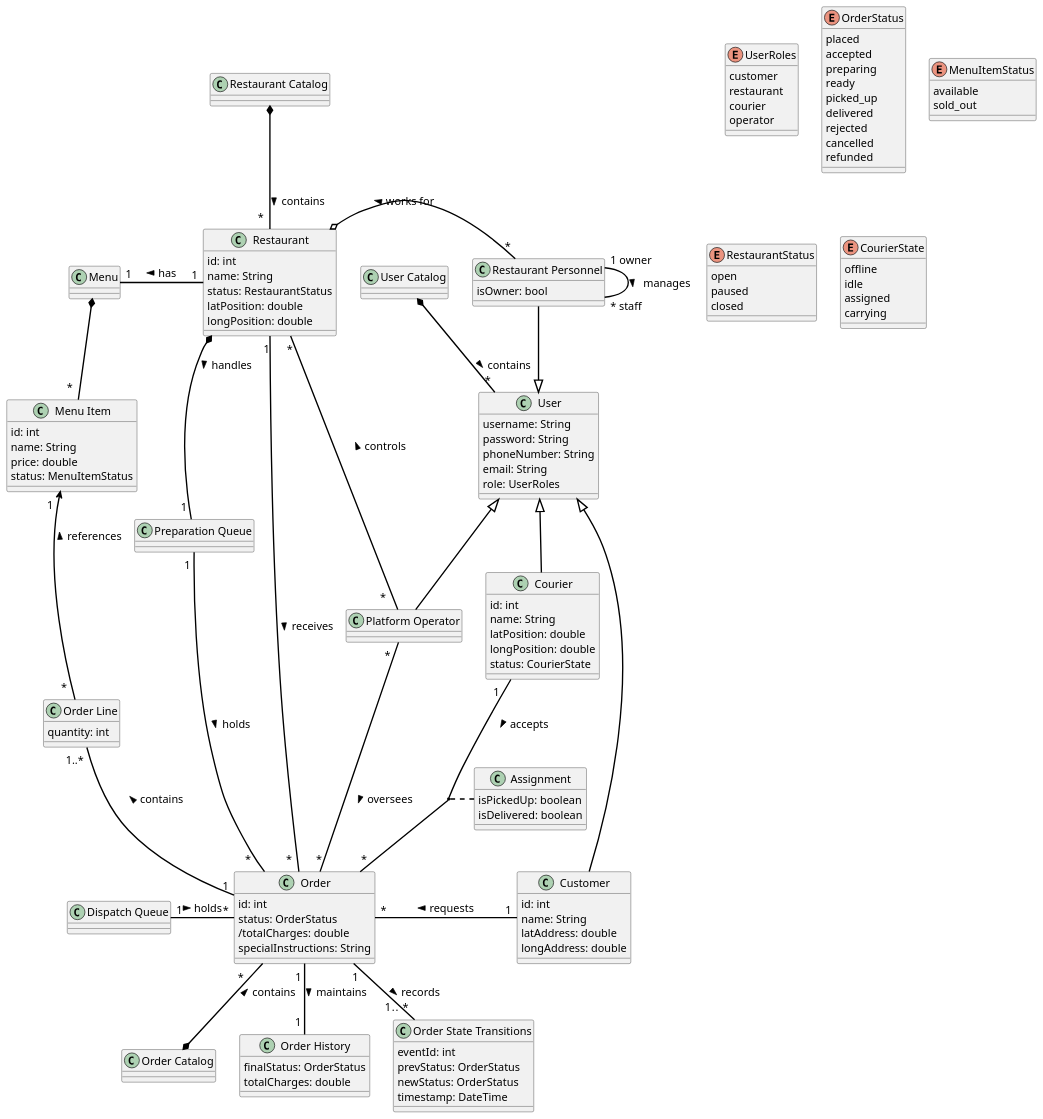
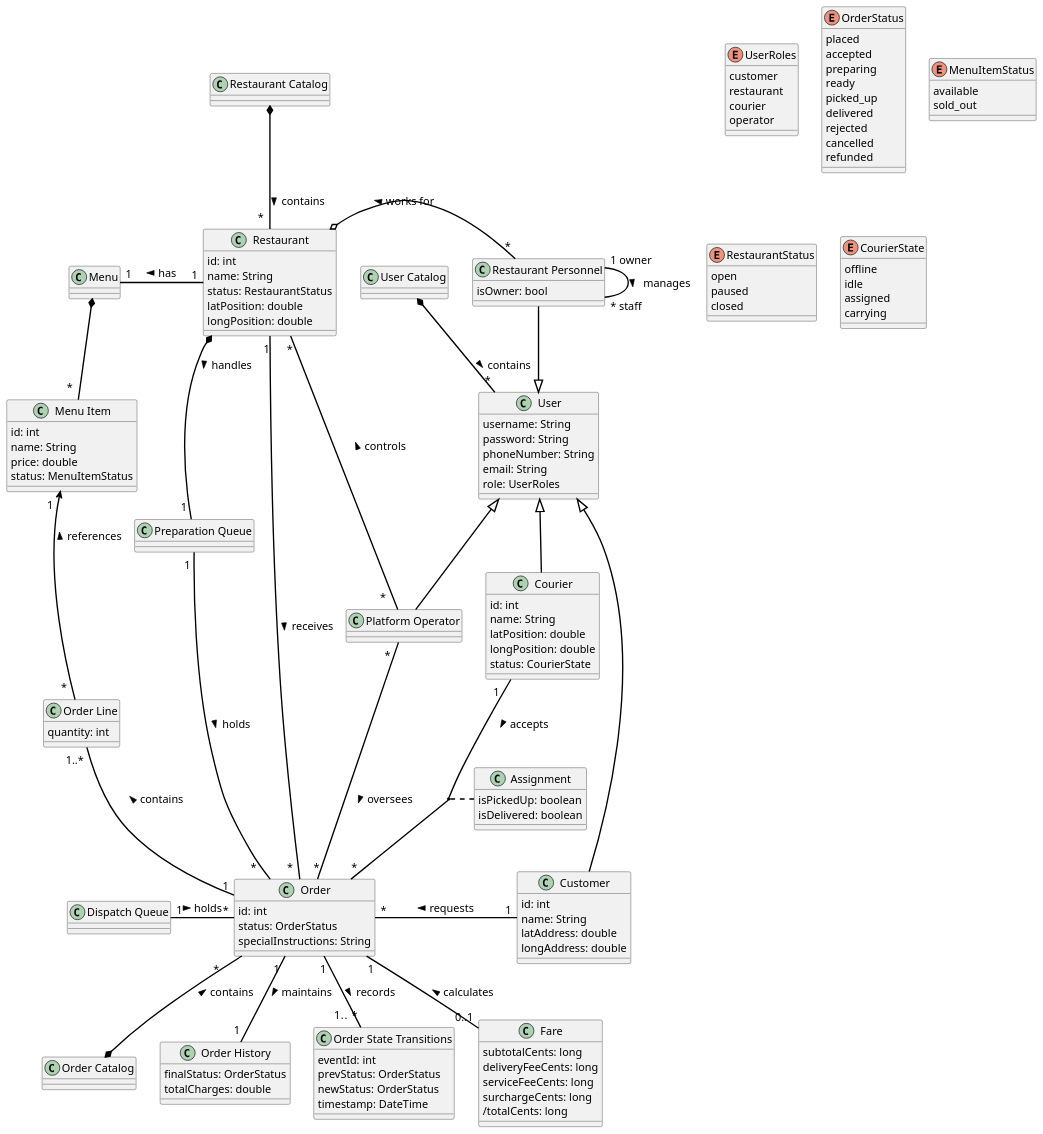
Before and after one commit to MonishKD/HelloWorldprint_HI: the diagram in diagrams/domainModel.puml, drawn with PlantUML.

Commit message:
Fare addition to domain model

```diff
--- a/diagrams/domainModel.puml
+++ b/diagrams/domainModel.puml
@@ -62,7 +62,6 @@
 class "Order" as Order {
     id: int
     status: OrderStatus
-    /totalCharges: double
     specialInstructions: String
 }
 
@@ -106,6 +105,13 @@
     isDelivered: boolean
 }
 
+class "Fare" as Fare {
+    subtotalCents: long
+    deliveryFeeCents: long
+    serviceFeeCents: long
+    surchargeCents: long
+    /totalCents: long
+}
 
 '---------- List of associations/relationships -----------'
 User <|-- Courier
@@ -153,6 +159,8 @@
 PlatOp "~*   " -up- "~*" Restaurant: "controls >"
 PlatOp "~*  " -down- "~*" Order: "oversees >" 
 
+'Order-Fares ==========================' 
+Order "1" -- "0..1" Fare : calculates <
 
 '-----List of possible enum classes: capitalize them??-------'
 enum "UserRoles" as UserRoles {
```
